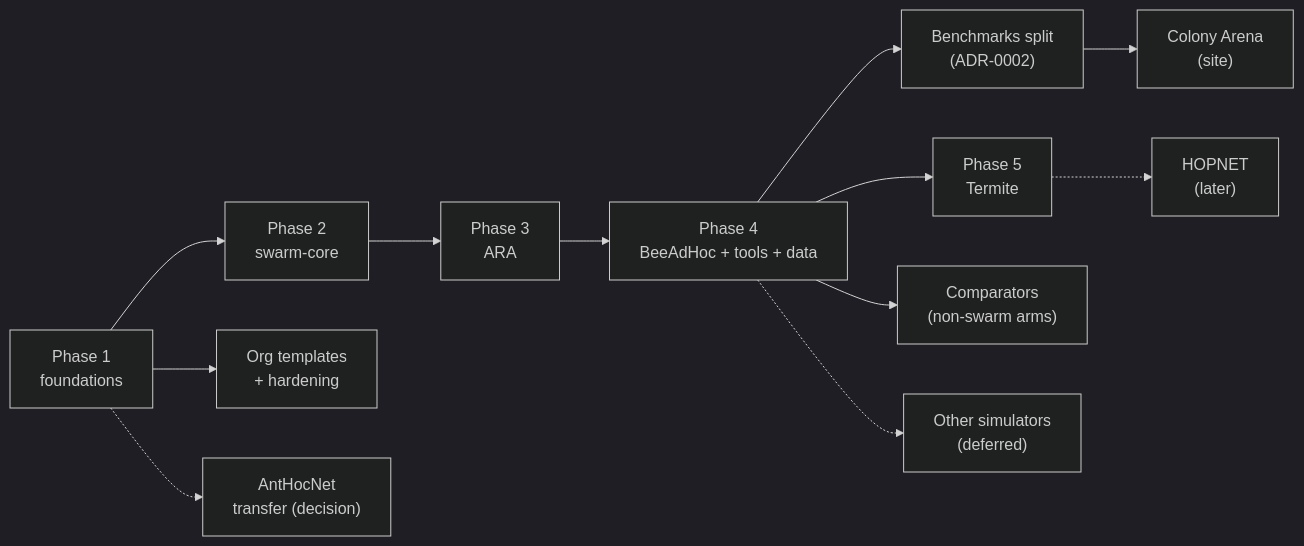
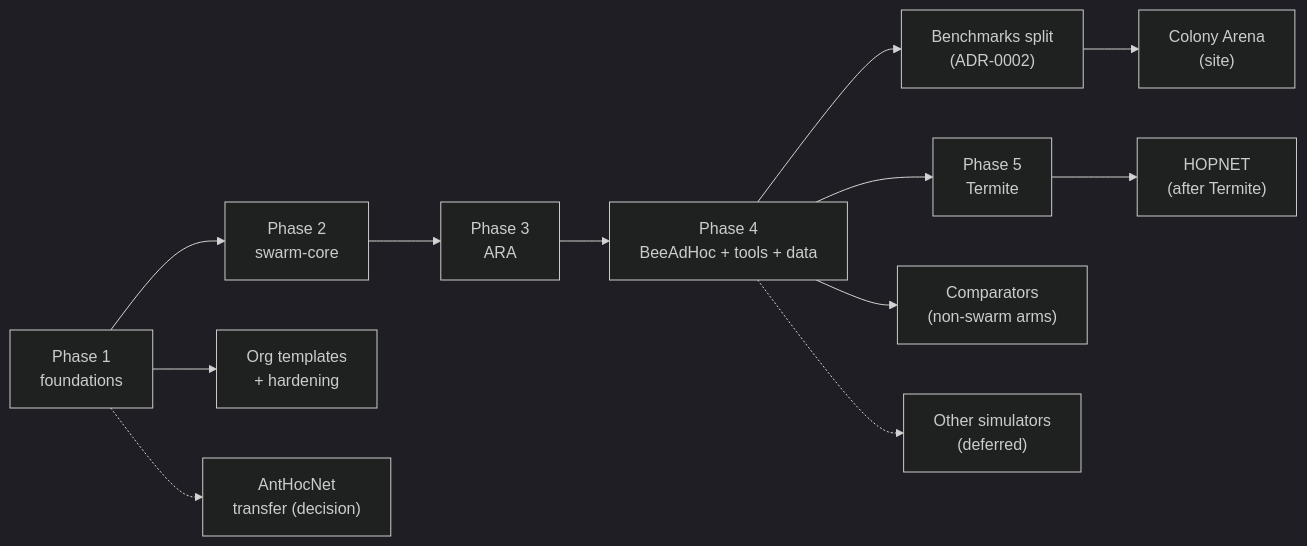
One commit to swarm-routing/.github changed the diagram in ROADMAP.md. Above: the diagram before and after it, drawn with Mermaid (dark theme). The commit also changed other lines of this file and 1 other file, not shown here.

First line of the commit message:
docs(roadmap): apply the maintainer's 2026-11-10 decisions — core/ after swarm-core, hopnet after termite

````diff
--- a/ROADMAP.md
+++ b/ROADMAP.md
@@ -23,14 +23,14 @@
 ```mermaid
 flowchart LR
   P1["Phase 1<br/>foundations"] --> P2["Phase 2<br/>swarm-core"]
   P2 --> P3["Phase 3<br/>ARA"]
   P3 --> P4["Phase 4<br/>BeeAdHoc + tools + data"]
   P4 --> B["Benchmarks split<br/>(ADR-0002)"]
   B --> S["Colony Arena<br/>(site)"]
   P4 --> P5["Phase 5<br/>Termite"]
-  P5 -.-> H["HOPNET<br/>(later)"]
+  P5 --> H["HOPNET<br/>(after Termite)"]
   P1 --> O["Org templates<br/>+ hardening"]
   P4 --> C["Comparators<br/>(non-swarm arms)"]
   P1 -.-> T["AntHocNet<br/>transfer (decision)"]
   P4 -.-> X["Other simulators<br/>(deferred)"]
 ```
````
